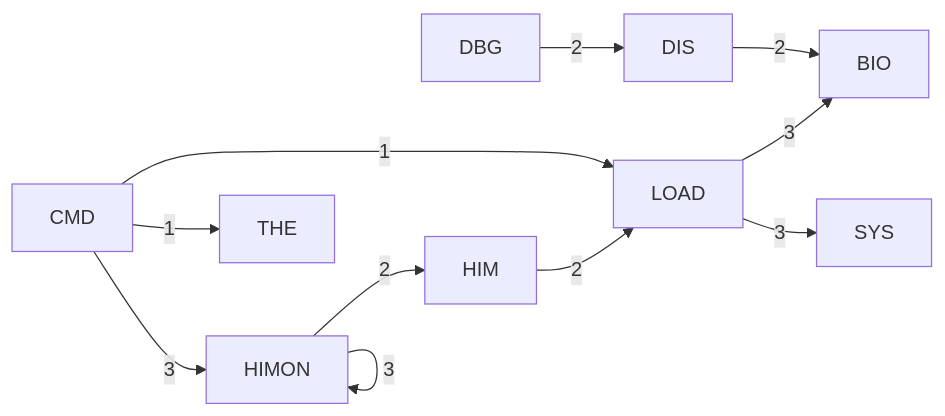
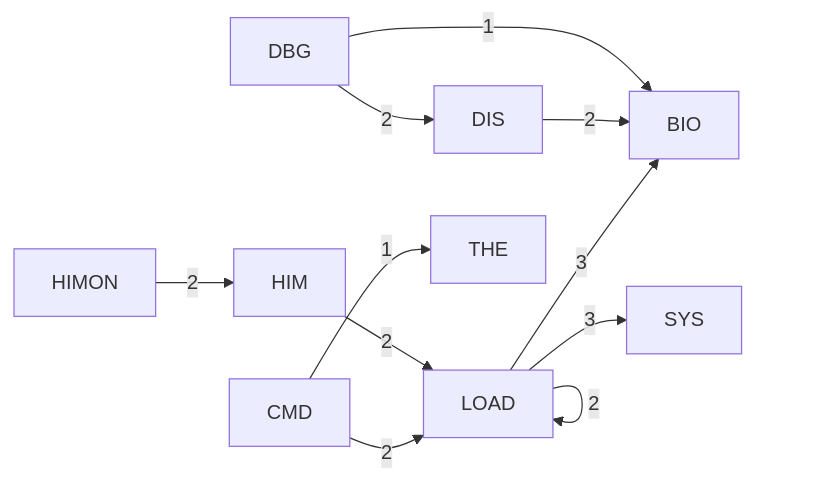
The fourth of 6 diagrams in DOC/GENERATED/HIMON_SUPPORT_MAP.md (95westus/R-YORS), drawn with Mermaid before and after one commit. The commit also changed other lines of this file and 94 other files, not shown here.

````diff
--- a/DOC/GENERATED/HIMON_SUPPORT_MAP.md
+++ b/DOC/GENERATED/HIMON_SUPPORT_MAP.md
@@ -63,13 +63,13 @@
 ```mermaid
 flowchart LR
-    P_CMD[CMD] -->|3| P_HIMON[HIMON]
-    P_HIMON[HIMON] -->|3| P_HIMON[HIMON]
     P_LOAD[LOAD] -->|3| P_BIO[BIO]
     P_LOAD[LOAD] -->|3| P_SYS[SYS]
+    P_CMD[CMD] -->|2| P_LOAD[LOAD]
     P_DBG[DBG] -->|2| P_DIS[DIS]
     P_DIS[DIS] -->|2| P_BIO[BIO]
     P_HIM[HIM] -->|2| P_LOAD[LOAD]
     P_HIMON[HIMON] -->|2| P_HIM[HIM]
-    P_CMD[CMD] -->|1| P_LOAD[LOAD]
+    P_LOAD[LOAD] -->|2| P_LOAD[LOAD]
     P_CMD[CMD] -->|1| P_THE[THE]
+    P_DBG[DBG] -->|1| P_BIO[BIO]
 ```
````
